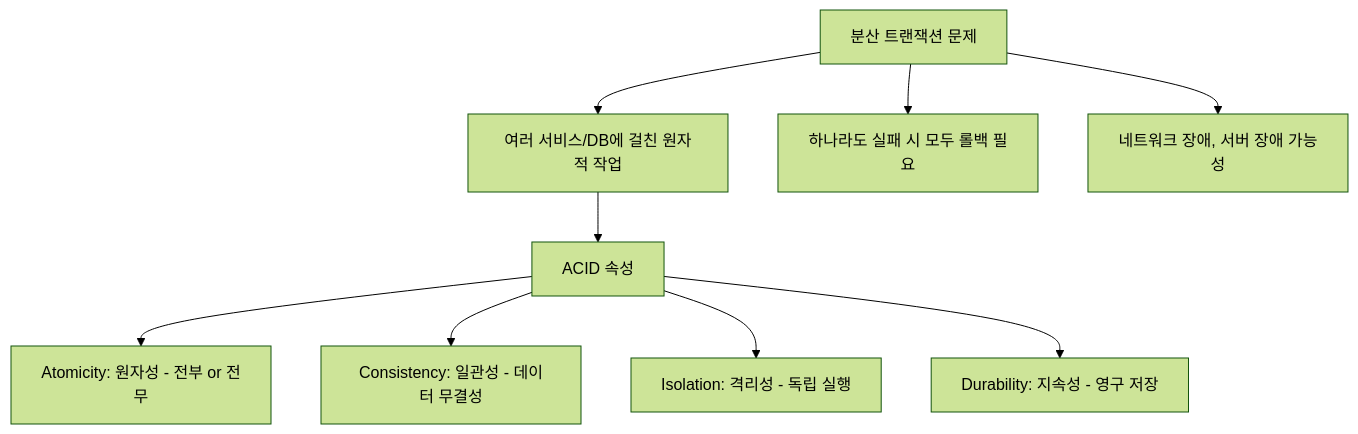
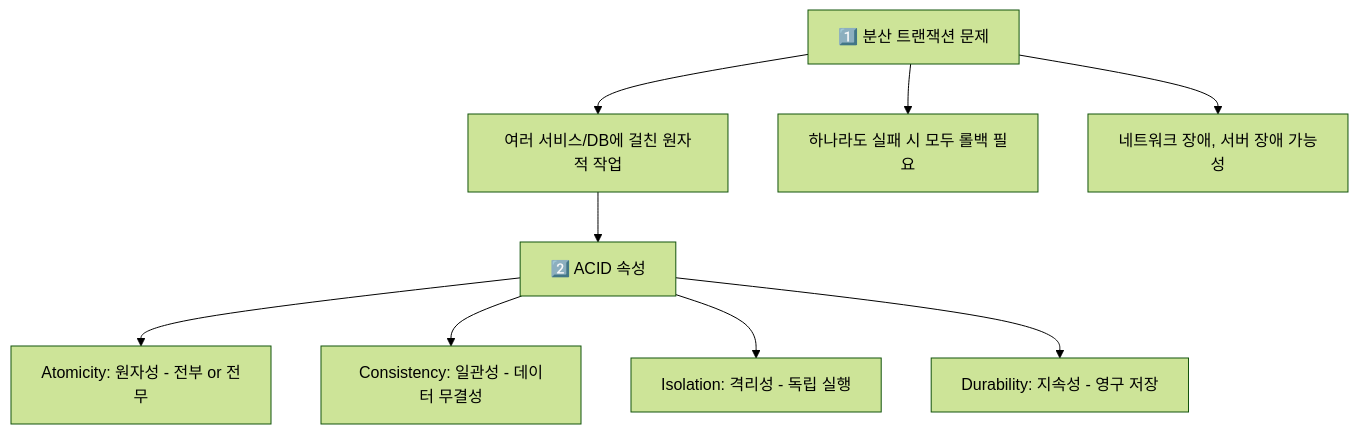
One commit to yjkim2015/yjkim2015.github.io changed the first of 14 diagrams in _posts/architecture/2026-05-02-distributed-transaction-deep.md. Above: the diagram before and after it, drawn with Mermaid (forest theme). The commit also changed other lines of this file and 92 other files, not shown here.

First line of the commit message:
Major quality rewrite: 98 files, Mermaid fix, extreme-scenario component

````diff
--- a/_posts/architecture/2026-05-02-distributed-transaction-deep.md
+++ b/_posts/architecture/2026-05-02-distributed-transaction-deep.md
@@ -22,15 +24,15 @@
 ```mermaid
 graph TD
-    Problem["분산 트랜잭션 문제"]
+    Problem["1️⃣ 분산 트랜잭션 문제"]
     Problem --> P1["여러 서비스/DB에 걸친 원자적 작업"]
     Problem --> P2["하나라도 실패 시 모두 롤백 필요"]
     Problem --> P3["네트워크 장애, 서버 장애 가능성"]
 
-    ACID["ACID 속성"]
+    ACID["2️⃣ ACID 속성"]
     ACID --> A["Atomicity: 원자성 - 전부 or 전무"]
     ACID --> C["Consistency: 일관성 - 데이터 무결성"]
     ACID --> I["Isolation: 격리성 - 독립 실행"]
     ACID --> D["Durability: 지속성 - 영구 저장"]
 
     P1 --> ACID
 ```
````
